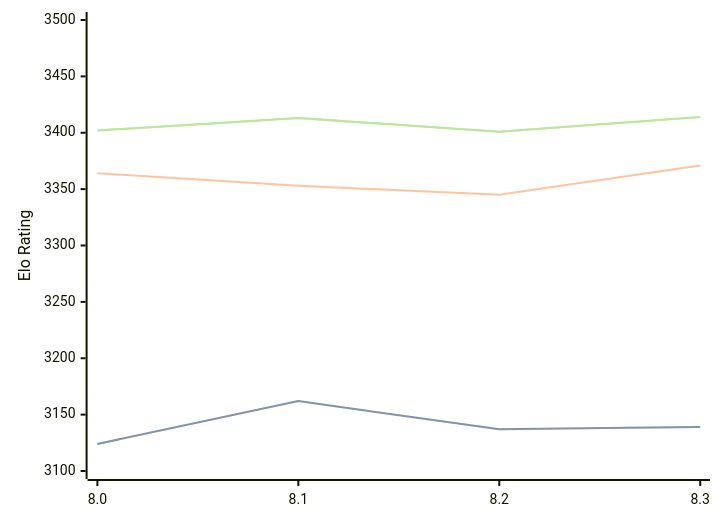
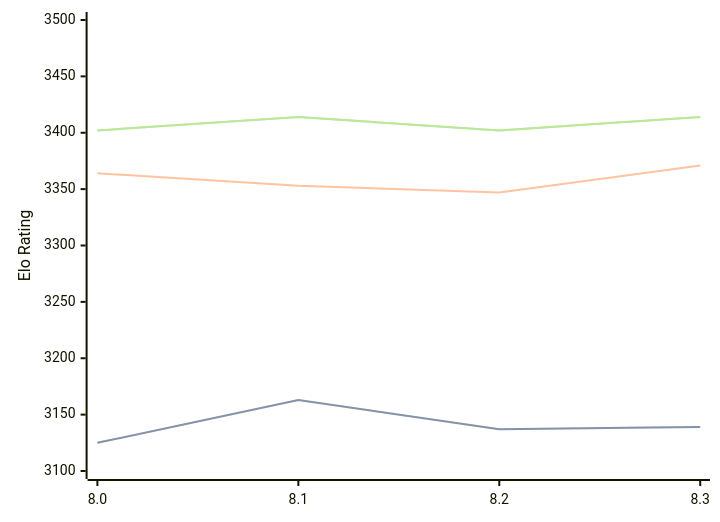
Before and after one commit to computer-chess-index/cci: the first of 3 diagrams in engines/Alexander.md, drawn with Mermaid. The commit also changed other lines of this file, not shown here.

Commit message:
Update CCI Ratings (ELO VLTC) - 2026-07-17

````diff
--- a/engines/Alexander.md
+++ b/engines/Alexander.md
@@ -48,11 +48,11 @@
 ```mermaid
 %%{init: {"theme":"base","themeVariables":{"seriesColors:['#a3a3a3','#222221','#faa371']}}}%%
 xychart-beta
   x-axis ["8.0", "8.1", "8.2", "8.3"]
   y-axis "Elo Rating" 3100 --> 3500
-  line "STC (8.0+0.08s)" [3124, 3162, 3137, 3139]
-  line "STC (8.0+0.08s)" [3124, 3162, 3137, 3139]
-  line "LTC (60.0+0.60s)" [3364, 3353, 3345, 3371]
-  line "VLTC (2m24s+1.12s)" [3402, 3413, 3401, 3414]
-  line "VLTC (2m24s+1.12s)" [3402, 3413, 3401, 3414]
+  line "STC (8.0+0.08s)" [3125, 3163, 3137, 3139]
+  line "STC (8.0+0.08s)" [3125, 3163, 3137, 3139]
+  line "LTC (60.0+0.60s)" [3364, 3353, 3347, 3371]
+  line "VLTC (2m24s+1.12s)" [3402, 3414, 3402, 3414]
+  line "VLTC (2m24s+1.12s)" [3402, 3414, 3402, 3414]
 ```
````
